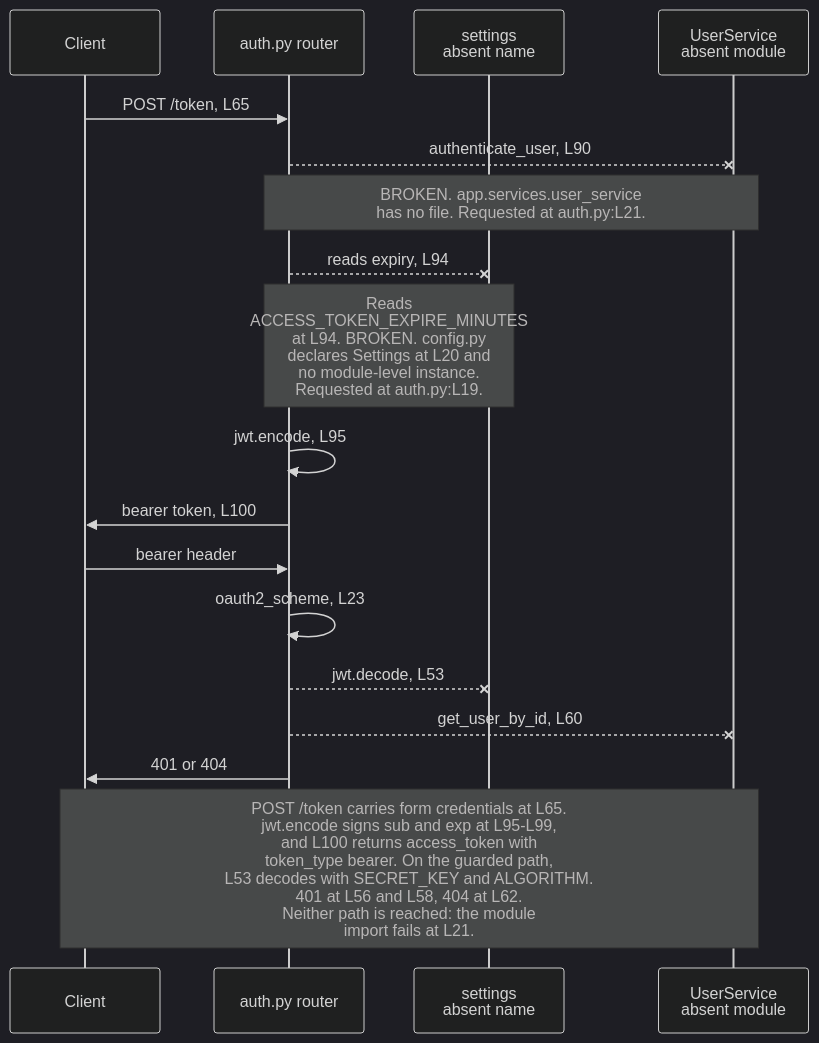
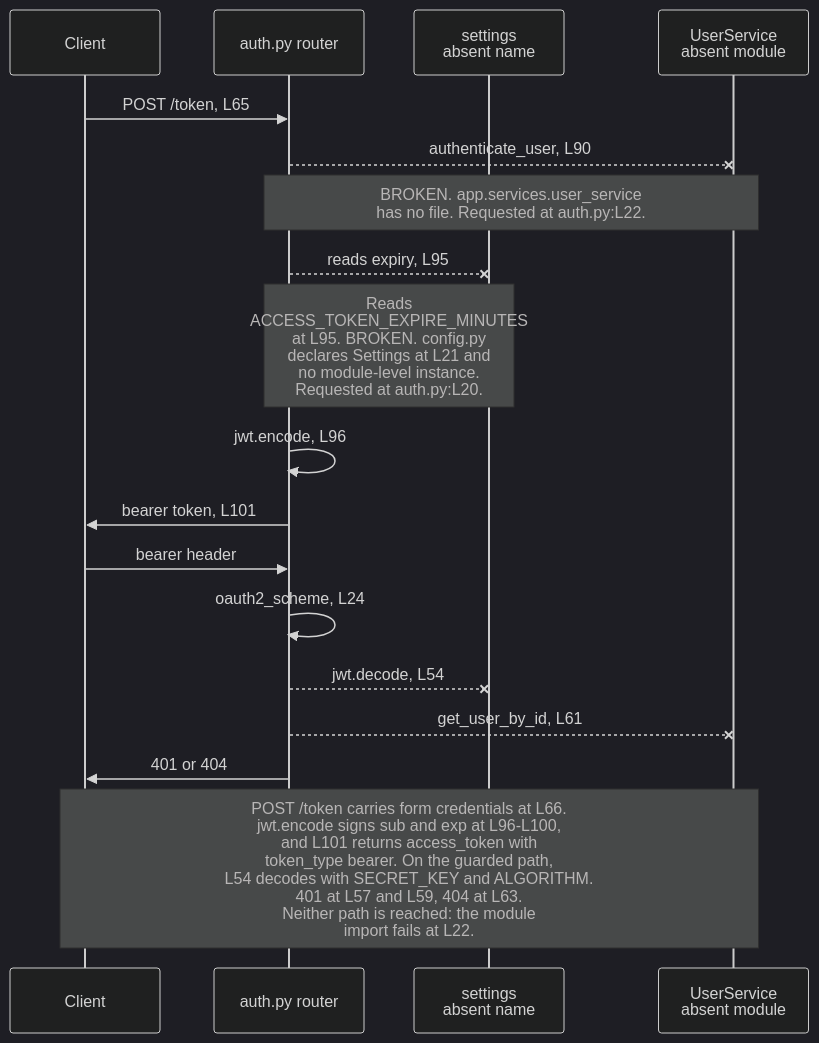
The first of 2 diagrams in backend/app/api/README.md (blitzy-public-samples/microsoft-word-u33ko0), drawn with Mermaid (dark theme) before and after one commit. The commit also changed other lines of this file and 47 other files, not shown here.

````diff
--- a/backend/app/api/README.md
+++ b/backend/app/api/README.md
@@ -149,23 +149,23 @@
 ```mermaid
 sequenceDiagram
     accTitle: Token issuance and protected-route validation in the auth router
-    accDescr: A client posts form credentials to the token route, which reaches for an absent UserService and an absent settings instance before it can sign a token. The protected-route path repeats both failures. Neither path is reached, because the module import fails at auth.py:L21.
+    accDescr: A client posts form credentials to the token route, which reaches for an absent UserService and an absent settings instance before it can sign a token. The protected-route path repeats both failures. Neither path is reached, because the module import fails at auth.py:L22.
     participant C as Client
     participant A as auth.py router
     participant S as settings<br/>absent name
     participant U as UserService<br/>absent module
 
     C->>A: POST /token, L65
     A--xU: authenticate_user, L90
-    Note over A,U: BROKEN. app.services.user_service<br/>has no file. Requested at auth.py:L21.
-    A--xS: reads expiry, L94
-    Note over A,S: Reads<br/>ACCESS_TOKEN_EXPIRE_MINUTES<br/>at L94. BROKEN. config.py<br/>declares Settings at L20 and<br/>no module-level instance.<br/>Requested at auth.py:L19.
-    A->>A: jwt.encode, L95
-    A->>C: bearer token, L100
+    Note over A,U: BROKEN. app.services.user_service<br/>has no file. Requested at auth.py:L22.
+    A--xS: reads expiry, L95
+    Note over A,S: Reads<br/>ACCESS_TOKEN_EXPIRE_MINUTES<br/>at L95. BROKEN. config.py<br/>declares Settings at L21 and<br/>no module-level instance.<br/>Requested at auth.py:L20.
+    A->>A: jwt.encode, L96
+    A->>C: bearer token, L101
     C->>A: bearer header
-    A->>A: oauth2_scheme, L23
-    A--xS: jwt.decode, L53
-    A--xU: get_user_by_id, L60
+    A->>A: oauth2_scheme, L24
+    A--xS: jwt.decode, L54
+    A--xU: get_user_by_id, L61
     A->>C: 401 or 404
-    Note over C,U: POST /token carries form credentials at L65.<br/>jwt.encode signs sub and exp at L95-L99,<br/>and L100 returns access_token with<br/>token_type bearer. On the guarded path,<br/>L53 decodes with SECRET_KEY and ALGORITHM.<br/>401 at L56 and L58, 404 at L62.<br/>Neither path is reached: the module<br/>import fails at L21.
+    Note over C,U: POST /token carries form credentials at L66.<br/>jwt.encode signs sub and exp at L96-L100,<br/>and L101 returns access_token with<br/>token_type bearer. On the guarded path,<br/>L54 decodes with SECRET_KEY and ALGORITHM.<br/>401 at L57 and L59, 404 at L63.<br/>Neither path is reached: the module<br/>import fails at L22.
 ```
````
